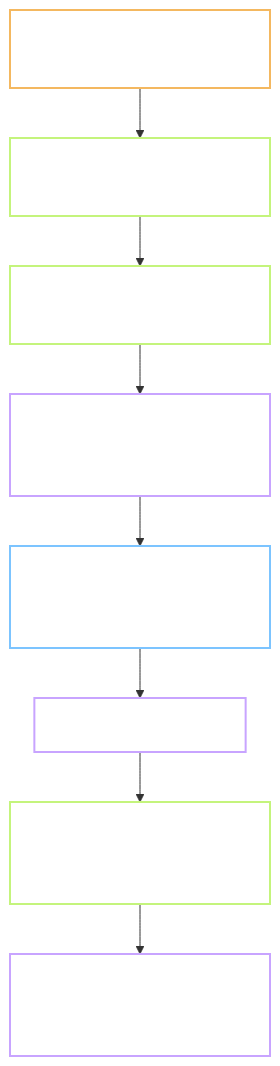
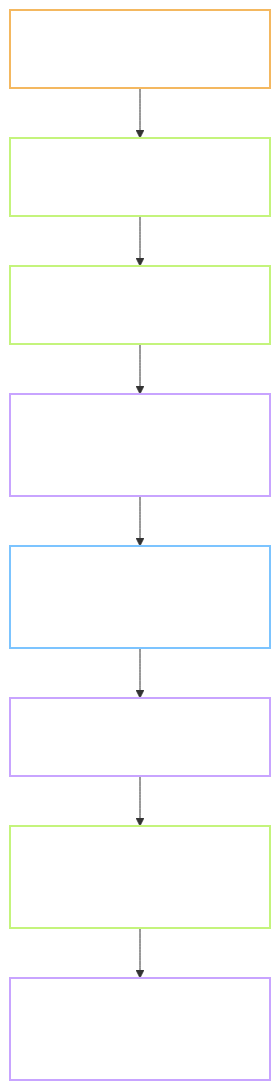
The diagram in docs/tasks/P.4/Plan.md (hieudelfi/MoonEgg), drawn with Mermaid before and after one commit. The commit also changed other lines of this file, not shown here.

Commit message:
docs(P.4): open the task, record the rater decision in the plan

````diff
--- a/docs/tasks/P.4/Plan.md
+++ b/docs/tasks/P.4/Plan.md
@@ -94,15 +103,15 @@
 ```mermaid
 graph TB
     A["20 distinct words + 5 sentences"]:::amber --> B["voice_samples.py: 5 voices, 125 WAV"]:::green
     B --> C["encode_opus.py: 125 Opus at -16 LUFS"]:::green
     C --> D["blind names s001..s125, key.csv kept apart"]:::purple
     D --> E["rate.html: random order, 2 scores, rater code"]:::cyan
-    E --> F["3 sheets, 375 rows"]:::purple
+    E --> F["1 sheet per human rater, 125 rows each"]:::purple
     F --> G["score.py: mean per voice, 1 female + 1 male"]:::green
     G --> H["docs/01 section 8.3 row 357, record, wind-check.md"]:::purple
 
     classDef amber fill:transparent,stroke:#f4b860,stroke-width:2px,color:#fff
     classDef cyan fill:transparent,stroke:#7cc4ff,stroke-width:2px,color:#fff
     classDef green fill:transparent,stroke:#c4f47c,stroke-width:2px,color:#fff
     classDef purple fill:transparent,stroke:#c8a4ff,stroke-width:2px,color:#fff
 ```
````
